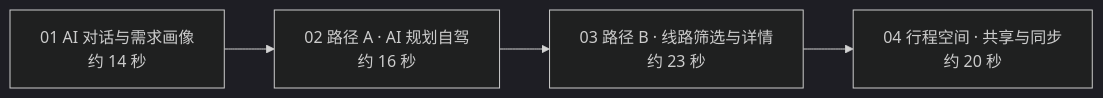
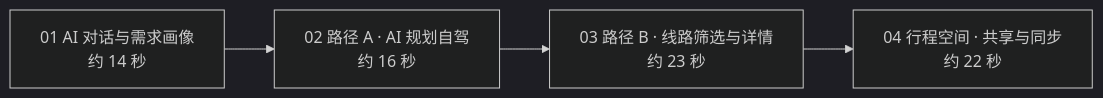
One commit to JohnMaxwell0123/TripCraft changed the third of 6 diagrams in docs/SHOWCASE-web-design.md. Above: the diagram before and after it, drawn with Mermaid (dark theme). The commit also changed other lines of this file and 5 other files, not shown here.

````diff
--- a/docs/SHOWCASE-web-design.md
+++ b/docs/SHOWCASE-web-design.md
@@ -213,4 +220,4 @@
 ```mermaid
 flowchart LR
-    S1["01 AI 对话与需求画像<br/>约 14 秒"] --> S2["02 路径 A · AI 规划自驾<br/>约 16 秒"] --> S3["03 路径 B · 线路筛选与详情<br/>约 23 秒"] --> S4["04 行程空间 · 共享与同步<br/>约 20 秒"]
+    S1["01 AI 对话与需求画像<br/>约 14 秒"] --> S2["02 路径 A · AI 规划自驾<br/>约 16 秒"] --> S3["03 路径 B · 线路筛选与详情<br/>约 23 秒"] --> S4["04 行程空间 · 共享与同步<br/>约 22 秒"]
 ```
````
